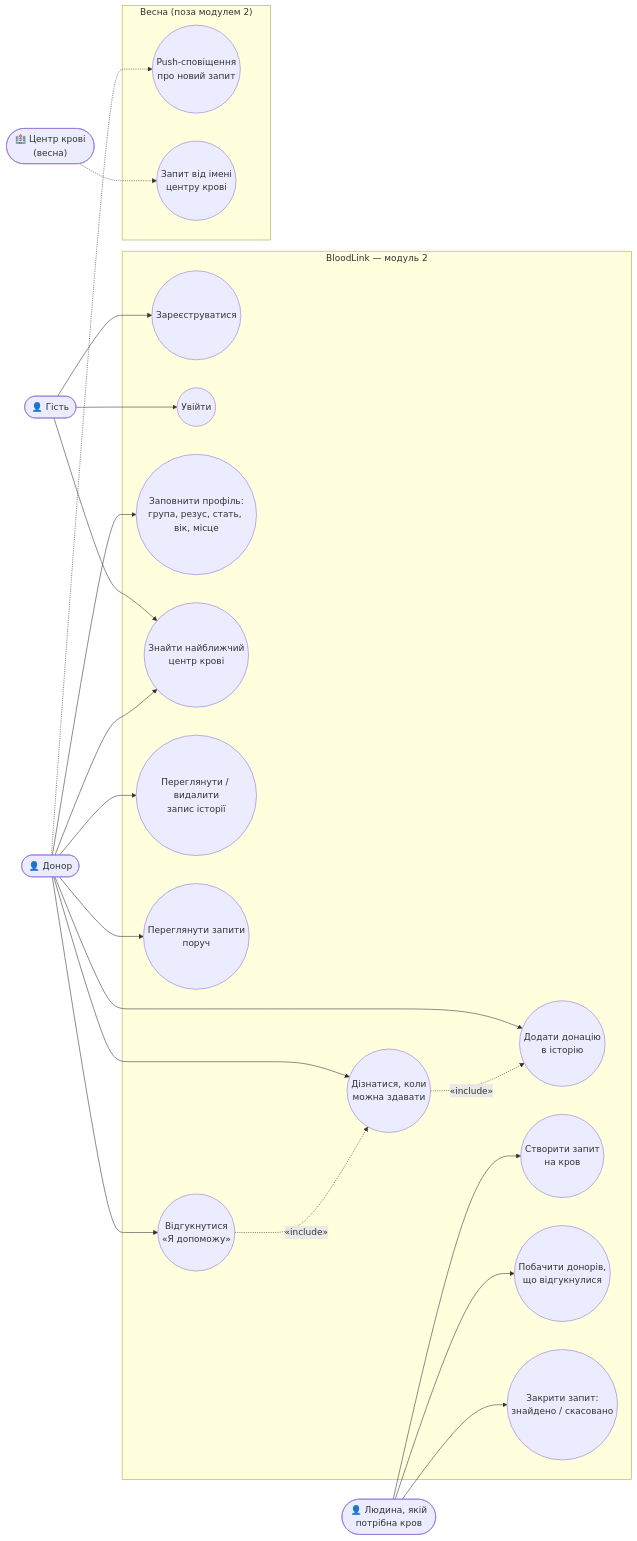
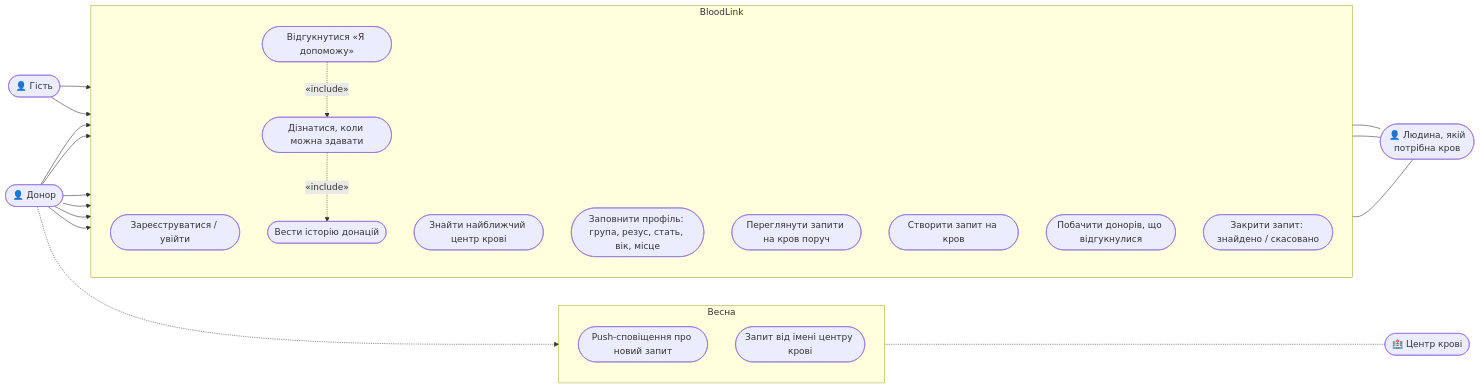
One commit to Chastuhinaa/BloodLink changed the first of 6 diagrams in docs/uml.md. Above: the diagram before and after it, drawn with Mermaid. The commit also changed other lines of this file, not shown here.

````diff
--- a/docs/uml.md
+++ b/docs/uml.md
@@ -7,45 +7,44 @@
 ```mermaid
 flowchart LR
+    Guest(["👤 Гість"])
     Donor(["👤 Донор"])
-    Seeker(["👤 Людина, якій<br/>потрібна кров"])
-    Guest(["👤 Гість"])
-    Center(["🏥 Центр крові<br/>(весна)"])
 
-    subgraph BL["BloodLink — модуль 2"]
-        UC1(("Зареєструватися"))
-        UC2(("Увійти"))
-        UC3(("Заповнити профіль:<br/>група, резус, стать, вік, місце"))
-        UC4(("Дізнатися, коли<br/>можна здавати"))
-        UC5(("Знайти найближчий<br/>центр крові"))
-        UC6(("Додати донацію<br/>в історію"))
-        UC7(("Переглянути / видалити<br/>запис історії"))
-        UC10(("Створити запит<br/>на кров"))
-        UC11(("Побачити донорів,<br/>що відгукнулися"))
-        UC12(("Закрити запит:<br/>знайдено / скасовано"))
-        UC13(("Переглянути запити<br/>поруч"))
-        UC14(("Відгукнутися<br/>«Я допоможу»"))
+    subgraph BL["BloodLink"]
+        direction TB
+        UC1(["Зареєструватися / увійти"])
+        UC5(["Знайти найближчий центр крові"])
+        UC3(["Заповнити профіль: група, резус, стать, вік, місце"])
+        UC4(["Дізнатися, коли можна здавати"])
+        UC6(["Вести історію донацій"])
+        UC13(["Переглянути запити на кров поруч"])
+        UC14(["Відгукнутися «Я допоможу»"])
+        UC10(["Створити запит на кров"])
+        UC11(["Побачити донорів, що відгукнулися"])
+        UC12(["Закрити запит: знайдено / скасовано"])
     end
 
-    subgraph Spring["Весна (поза модулем 2)"]
-        UC8(("Push-сповіщення<br/>про новий запит"))
-        UC9(("Запит від імені<br/>центру крові"))
+    subgraph Spring["Весна"]
+        direction TB
+        UC8(["Push-сповіщення про новий запит"])
+        UC9(["Запит від імені центру крові"])
     end
 
+    Seeker(["👤 Людина, якій<br/>потрібна кров"])
+    Center(["🏥 Центр крові"])
+
     Guest --> UC1
-    Guest --> UC2
     Guest --> UC5
     Donor --> UC3
     Donor --> UC4
+    Donor --> UC6
     Donor --> UC5
-    Donor --> UC6
-    Donor --> UC7
     Donor --> UC13
     Donor --> UC14
-    Seeker --> UC10
-    Seeker --> UC11
-    Seeker --> UC12
     Donor -.-> UC8
-    Center -.-> UC9
+    UC10 --- Seeker
+    UC11 --- Seeker
+    UC12 --- Seeker
+    UC9 -.- Center
     UC4 -. "«include»" .-> UC6
     UC14 -. "«include»" .-> UC4
 ```
````
